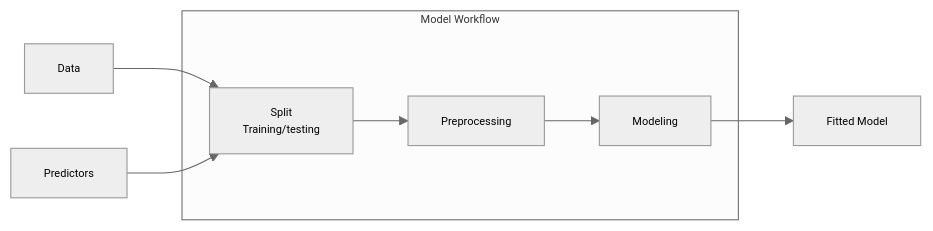
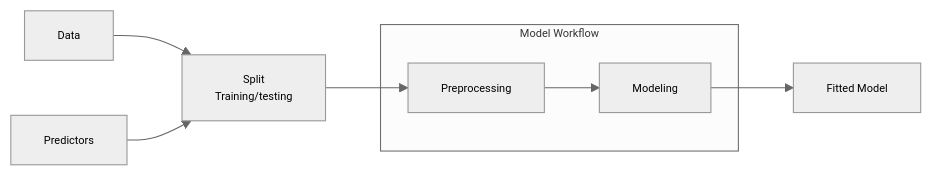
The second of 3 diagrams in rstudioconf2022.qmd (stephenturner/rstudioconf2022), drawn with Mermaid before and after one commit. The commit also changed other lines of this file, not shown here.

````diff
--- a/rstudioconf2022.qmd
+++ b/rstudioconf2022.qmd
@@ -355,12 +360,12 @@
 ```{mermaid}
 %%| fig-width: 12
 %%{init: {'theme': 'neutral', 'themeVariables': { 'fontSize': '10px'}}}%%
 graph LR
   Data --> S[Split <br/> Training/testing]
   Predictors --> S
+  S --> P[Preprocessing]
   subgraph "Model Workflow"
-  S --> P[Preprocessing]
   P --> Modeling
   end
   Modeling --> F[Fitted Model]
 ```
````
